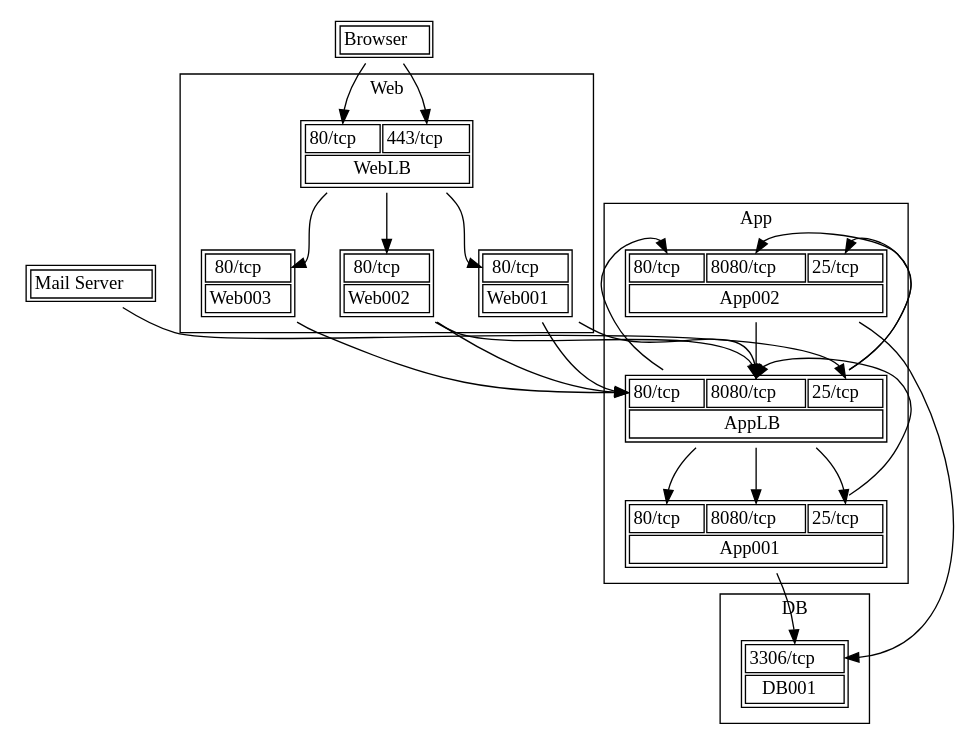
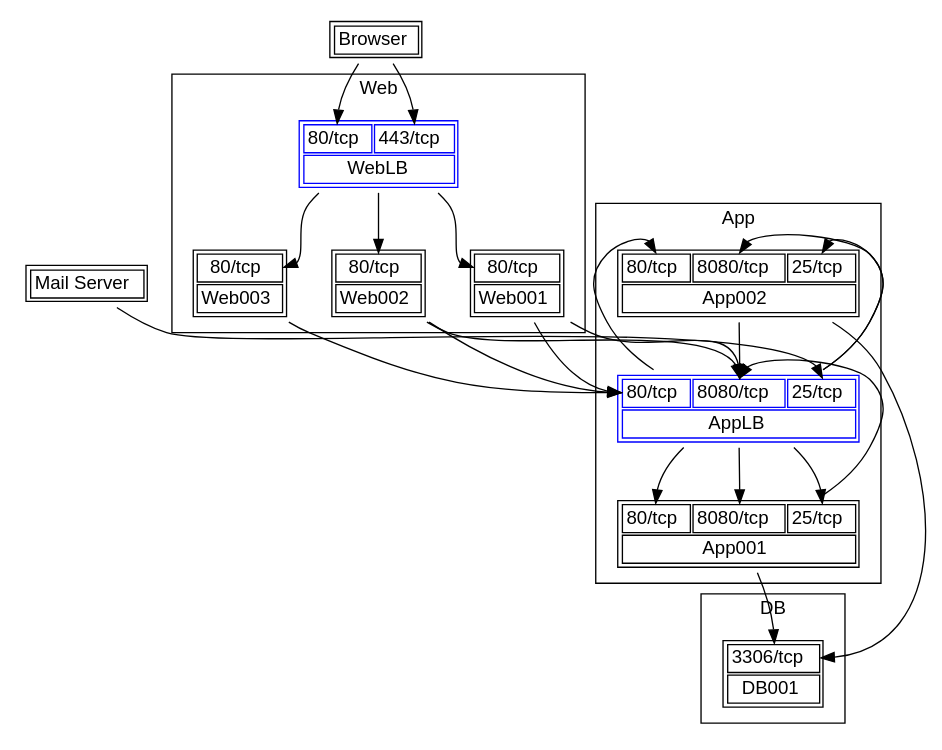
Before and after one commit to otahi/network_drawer: the diagram in examples/simple.dot, drawn with Graphviz. The commit also changed 3 other files, not shown here.

```diff
--- a/examples/simple.dot
+++ b/examples/simple.dot
@@ -1,66 +1,75 @@
 digraph simple {
-  subgraph cluster_Web {
+  subgraph cluster1 {
     label="Web";
-    1[label=<<table><tr><td port="p80tcp"> 80/tcp</td></tr><tr><td colspan="1">Web003</td></tr></table>>,shape="plaintext"];
+    fontname="Helvetica";
+    3[fontname="Helvetica",label=<<table><tr><td port="p80tcp">80/tcp</td></tr><tr><td colspan="1">Web003</td></tr></table>>,shape="plaintext"];
   }
-  subgraph cluster_Web {
+  subgraph cluster1 {
     label="Web";
-    2[label=<<table><tr><td port="p80tcp"> 80/tcp</td></tr><tr><td colspan="1">Web002</td></tr></table>>,shape="plaintext"];
+    fontname="Helvetica";
+    4[fontname="Helvetica",label=<<table><tr><td port="p80tcp">80/tcp</td></tr><tr><td colspan="1">Web002</td></tr></table>>,shape="plaintext"];
   }
-  subgraph cluster_Web {
+  subgraph cluster1 {
     label="Web";
-    3[label=<<table><tr><td port="p80tcp"> 80/tcp</td></tr><tr><td colspan="1">Web001</td></tr></table>>,shape="plaintext"];
+    fontname="Helvetica";
+    5[fontname="Helvetica",label=<<table><tr><td port="p80tcp">80/tcp</td></tr><tr><td colspan="1">Web001</td></tr></table>>,shape="plaintext"];
   }
-  subgraph cluster_Web {
+  subgraph cluster1 {
     label="Web";
-    4[label=<<table><tr><td port="p80tcp"> 80/tcp</td><td port="p443tcp"> 443/tcp</td></tr><tr><td colspan="2">WebLB</td></tr></table>>,shape="plaintext"];
+    fontname="Helvetica";
+    6[fontname="Helvetica",label=<<table><tr><td port="p80tcp">80/tcp</td><td port="p443tcp">443/tcp</td></tr><tr><td colspan="2">WebLB</td></tr></table>>,shape="plaintext",color="blue"];
   }
-  subgraph cluster_App {
+  subgraph cluster3 {
     label="App";
-    5[label=<<table><tr><td port="p80tcp"> 80/tcp</td><td port="p8080tcp"> 8080/tcp</td><td port="p25tcp"> 25/tcp</td></tr><tr><td colspan="3">App002</td></tr></table>>,shape="plaintext"];
+    fontname="Helvetica";
+    7[fontname="Helvetica",label=<<table><tr><td port="p80tcp">80/tcp</td><td port="p8080tcp">8080/tcp</td><td port="p25tcp">25/tcp</td></tr><tr><td colspan="3">App002</td></tr></table>>,shape="plaintext"];
   }
-  subgraph cluster_App {
+  subgraph cluster3 {
     label="App";
-    6[label=<<table><tr><td port="p80tcp"> 80/tcp</td><td port="p8080tcp"> 8080/tcp</td><td port="p25tcp"> 25/tcp</td></tr><tr><td colspan="3">App001</td></tr></table>>,shape="plaintext"];
+    fontname="Helvetica";
+    8[fontname="Helvetica",label=<<table><tr><td port="p80tcp">80/tcp</td><td port="p8080tcp">8080/tcp</td><td port="p25tcp">25/tcp</td></tr><tr><td colspan="3">App001</td></tr></table>>,shape="plaintext"];
   }
-  subgraph cluster_App {
+  subgraph cluster3 {
     label="App";
-    7[label=<<table><tr><td port="p80tcp"> 80/tcp</td><td port="p8080tcp"> 8080/tcp</td><td port="p25tcp"> 25/tcp</td></tr><tr><td colspan="3">AppLB</td></tr></table>>,shape="plaintext"];
+    fontname="Helvetica";
+    9[fontname="Helvetica",label=<<table><tr><td port="p80tcp">80/tcp</td><td port="p8080tcp">8080/tcp</td><td port="p25tcp">25/tcp</td></tr><tr><td colspan="3">AppLB</td></tr></table>>,shape="plaintext",color="blue"];
   }
-  subgraph cluster_DB {
+  subgraph cluster4 {
     label="DB";
-    8[label=<<table><tr><td port="p3306tcp"> 3306/tcp</td></tr><tr><td colspan="1">DB001</td></tr></table>>,shape="plaintext"];
+    fontname="Helvetica";
+    10[fontname="Helvetica",label=<<table><tr><td port="p3306tcp">3306/tcp</td></tr><tr><td colspan="1">DB001</td></tr></table>>,shape="plaintext"];
   }
   rankdir="TB";
-  9[label=<<table><tr><td>Mail Server</td></tr></table>>,shape="plaintext"];
-  10[label=<<table><tr><td>Browser</td></tr></table>>,shape="plaintext"];
+  fontname="Helvetica";
+  1[fontname="Helvetica",label=<<table><tr><td>Mail Server</td></tr></table>>,shape="plaintext"];
+  2[fontname="Helvetica",label=<<table><tr><td>Browser</td></tr></table>>,shape="plaintext"];
+  6;
+  9;
+  5;
   4;
+  3;
+  8;
   7;
-  3;
-  2;
-  1;
-  6;
-  5;
-  8;
-  10 -> 4:p80tcp;
-  10 -> 4:p443tcp;
+  10;
+  2 -> 6:p80tcp;
+  2 -> 6:p443tcp;
+  1 -> 9:p25tcp;
+  6 -> 5:p80tcp;
+  6 -> 4:p80tcp;
+  6 -> 3:p80tcp;
+  5 -> 9:p80tcp;
+  4 -> 9:p80tcp;
+  5 -> 9:p8080tcp;
+  4 -> 9:p8080tcp;
+  3 -> 9:p80tcp;
+  8 -> 9:p8080tcp;
+  7 -> 9:p8080tcp;
+  9 -> 8:p25tcp;
+  9 -> 8:p80tcp;
+  9 -> 8:p8080tcp;
   9 -> 7:p25tcp;
-  4 -> 3:p80tcp;
-  4 -> 2:p80tcp;
-  4 -> 1:p80tcp;
-  3 -> 7:p80tcp;
-  2 -> 7:p80tcp;
-  3 -> 7:p8080tcp;
-  2 -> 7:p8080tcp;
-  1 -> 7:p80tcp;
-  6 -> 7:p8080tcp;
-  5 -> 7:p8080tcp;
-  7 -> 6:p25tcp;
-  7 -> 6:p80tcp;
-  7 -> 6:p8080tcp;
-  7 -> 5:p25tcp;
-  7 -> 5:p80tcp;
-  7 -> 5:p8080tcp;
-  6 -> 8:p3306tcp;
-  5 -> 8:p3306tcp;
+  9 -> 7:p80tcp;
+  9 -> 7:p8080tcp;
+  8 -> 10:p3306tcp;
+  7 -> 10:p3306tcp;
 }
```
